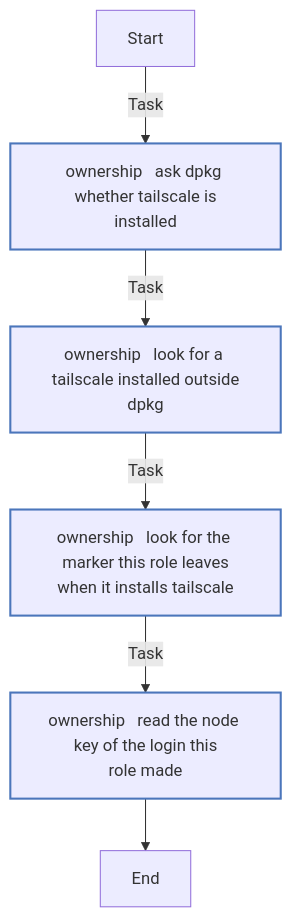
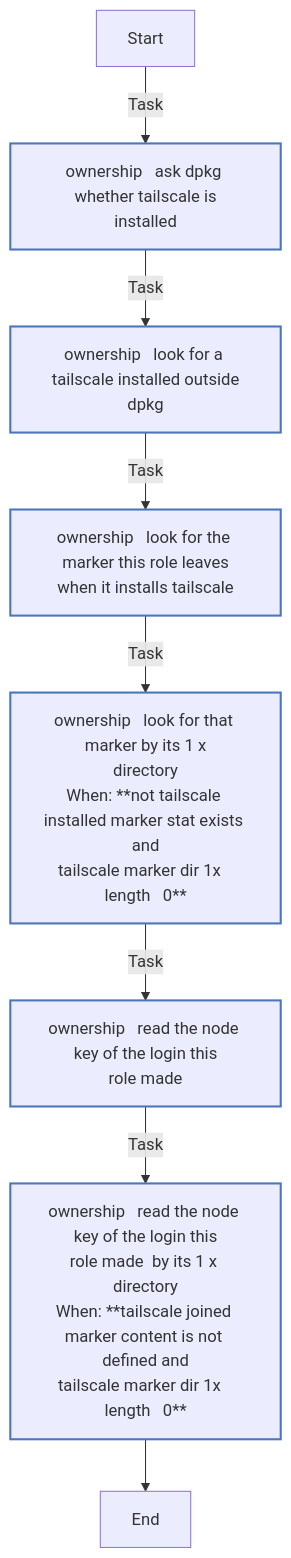
One commit to kawadeomkar/agent-warehouse changed the eighth of 14 diagrams in docs/reference/roles/tailscale.md. Above: the diagram before and after it, drawn with Mermaid. The commit also changed other lines of this file and 29 other files, not shown here.

````diff
--- a/docs/reference/roles/tailscale.md
+++ b/docs/reference/roles/tailscale.md
@@ -437,18 +479,20 @@
 ```mermaid
 flowchart TD
 Start
 classDef block stroke:#3498db,stroke-width:2px;
 classDef task stroke:#4b76bb,stroke-width:2px;
 classDef includeTasks stroke:#16a085,stroke-width:2px;
 classDef importTasks stroke:#34495e,stroke-width:2px;
 classDef includeRole stroke:#2980b9,stroke-width:2px;
 classDef importRole stroke:#699ba7,stroke-width:2px;
 classDef includeVars stroke:#8e44ad,stroke-width:2px;
 classDef rescue stroke:#665352,stroke-width:2px;
 
   Start-->|Task| ownership___Ask_dpkg_whether_Tailscale_is_installed0[ownership   ask dpkg whether tailscale is<br>installed]:::task
   ownership___Ask_dpkg_whether_Tailscale_is_installed0-->|Task| ownership___Look_for_a_Tailscale_installed_outside_dpkg1[ownership   look for a tailscale installed outside<br>dpkg]:::task
   ownership___Look_for_a_Tailscale_installed_outside_dpkg1-->|Task| ownership___Look_for_the_marker_this_role_leaves_when_it_installs_Tailscale2[ownership   look for the marker this role leaves<br>when it installs tailscale]:::task
-  ownership___Look_for_the_marker_this_role_leaves_when_it_installs_Tailscale2-->|Task| ownership___Read_the_node_key_of_the_login_this_role_made3[ownership   read the node key of the login this<br>role made]:::task
-  ownership___Read_the_node_key_of_the_login_this_role_made3-->End
+  ownership___Look_for_the_marker_this_role_leaves_when_it_installs_Tailscale2-->|Task| ownership___Look_for_that_marker_by_its_1_x_directory3[ownership   look for that marker by its 1 x<br>directory<br>When: **not tailscale installed marker stat exists and<br>tailscale marker dir 1x   length   0**]:::task
+  ownership___Look_for_that_marker_by_its_1_x_directory3-->|Task| ownership___Read_the_node_key_of_the_login_this_role_made4[ownership   read the node key of the login this<br>role made]:::task
+  ownership___Read_the_node_key_of_the_login_this_role_made4-->|Task| ownership___Read_the_node_key_of_the_login_this_role_made__by_its_1_x_directory5[ownership   read the node key of the login this<br>role made  by its 1 x directory<br>When: **tailscale joined marker content is not defined and<br>tailscale marker dir 1x   length   0**]:::task
+  ownership___Read_the_node_key_of_the_login_this_role_made__by_its_1_x_directory5-->End
 ```
````
